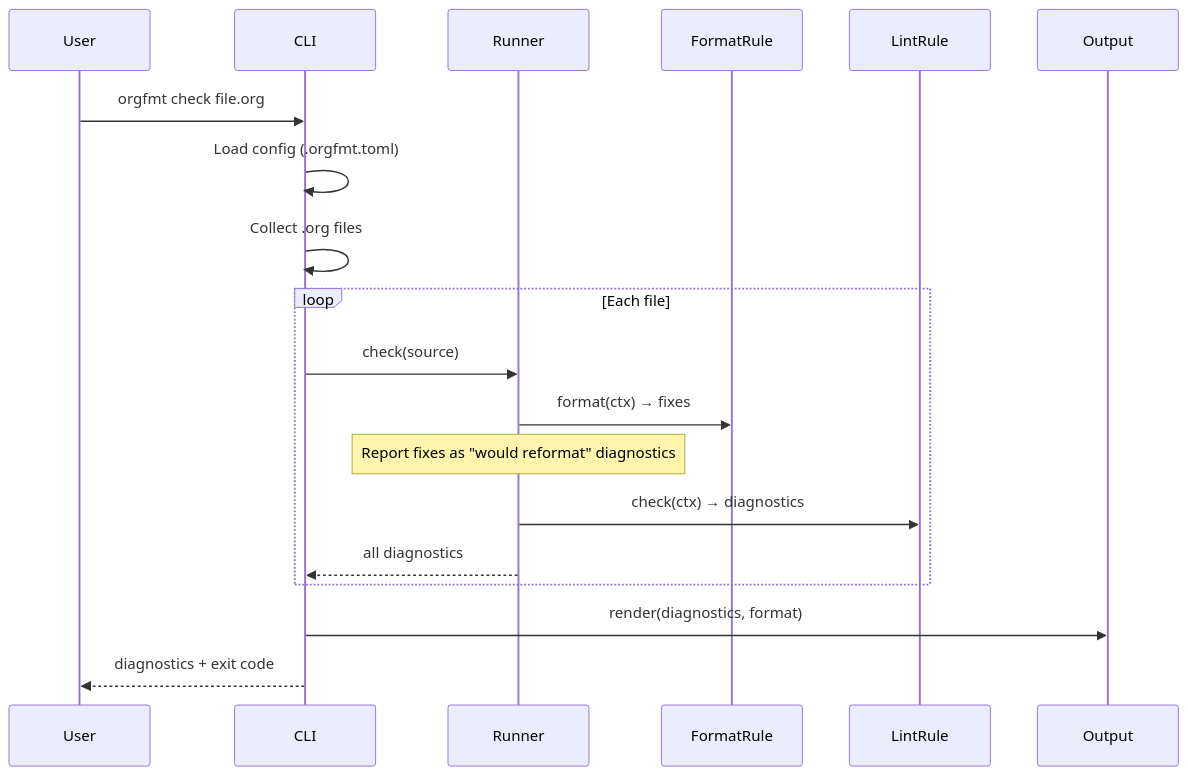
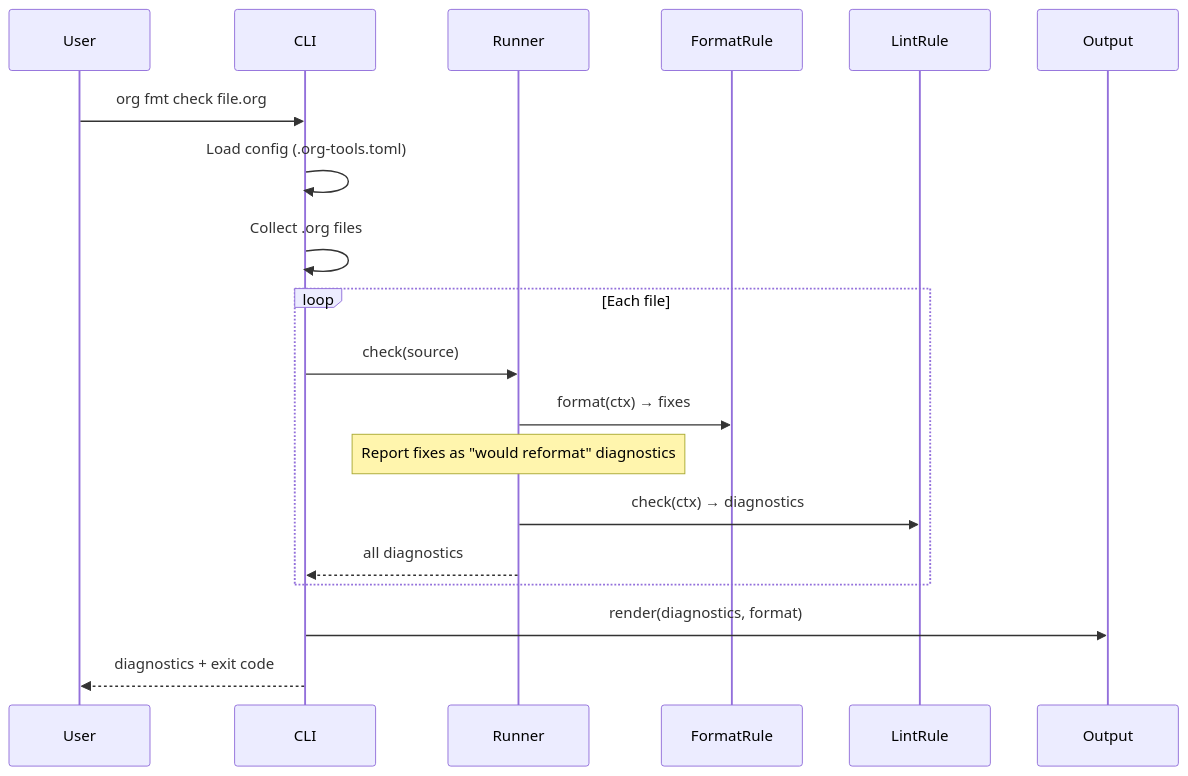
One commit to lino/org-tools changed the third of 4 diagrams in docs/technical/architecture.org. Above: the diagram before and after it, drawn with Mermaid. The commit also changed other lines of this file and 1 other file, not shown here.

First line of the commit message:
docs: update architecture for workspace structure and new modules

```diff
--- a/docs/technical/architecture.org
+++ b/docs/technical/architecture.org
@@ -172,22 +261,22 @@
 #+begin_src mermaid :file runtime-check.png
 sequenceDiagram
     participant User
     participant CLI
     participant Runner
     participant FormatRule
     participant LintRule
     participant Output
 
-    User->>CLI: orgfmt check file.org
-    CLI->>CLI: Load config (.orgfmt.toml)
+    User->>CLI: org fmt check file.org
+    CLI->>CLI: Load config (.org-tools.toml)
     CLI->>CLI: Collect .org files
     loop Each file
         CLI->>Runner: check(source)
         Runner->>FormatRule: format(ctx) → fixes
         Note over Runner: Report fixes as "would reformat" diagnostics
         Runner->>LintRule: check(ctx) → diagnostics
         Runner-->>CLI: all diagnostics
     end
     CLI->>Output: render(diagnostics, format)
     CLI-->>User: diagnostics + exit code
 #+end_src
```
